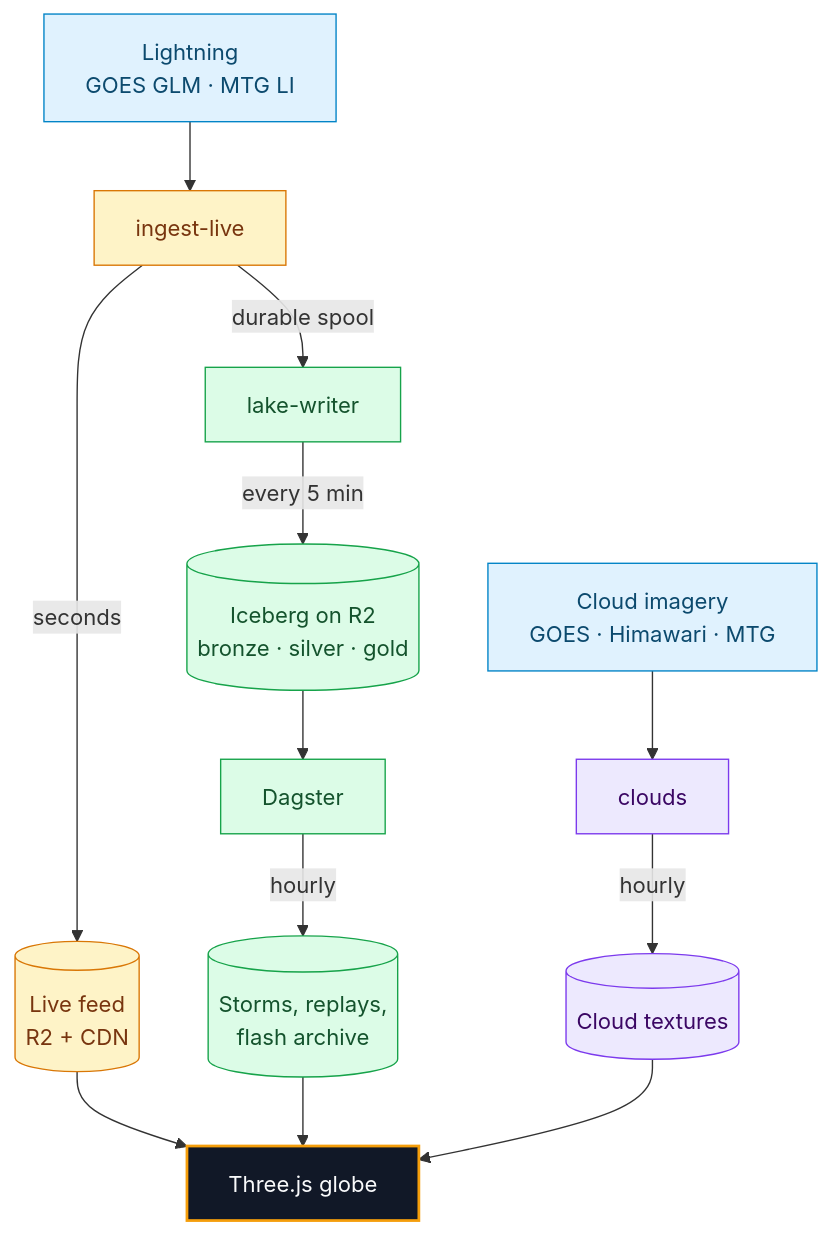
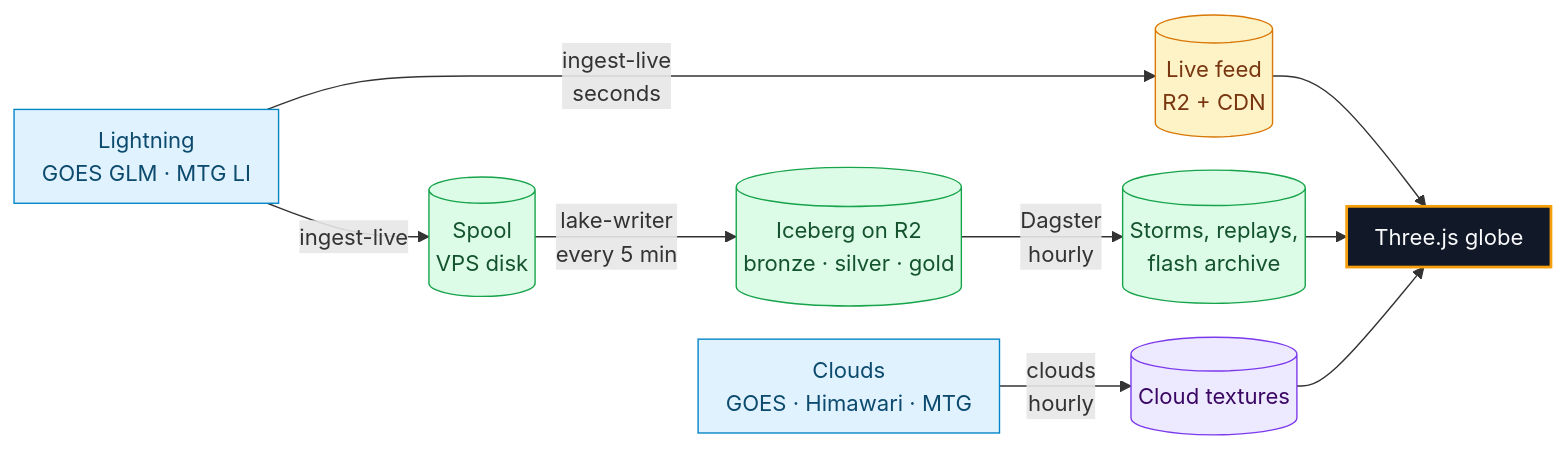
One commit to pierregc/scintille changed the diagram in README.md. Above: the diagram before and after it, drawn with Mermaid.

Commit message:
docs: fit the README diagram to the page width

````diff
--- a/README.md
+++ b/README.md
@@ -24,25 +24,23 @@
 ```mermaid
-flowchart TB
-    lightning["Lightning<br/>GOES GLM · MTG LI"] --> ingest["ingest-live"]
-    ingest -->|seconds| live[("Live feed<br/>R2 + CDN")]
-    ingest -->|durable spool| writer["lake-writer"]
-    writer -->|every 5 min| lake[("Iceberg on R2<br/>bronze · silver · gold")]
-    lake --> dagster["Dagster"]
-    dagster -->|hourly| storms[("Storms, replays,<br/>flash archive")]
-    imagery["Cloud imagery<br/>GOES · Himawari · MTG"] --> clouds["clouds"]
-    clouds -->|hourly| textures[("Cloud textures")]
+%%{init: {"flowchart": {"rankSpacing": 30, "nodeSpacing": 24, "padding": 10}}}%%
+flowchart LR
+    lightning["Lightning<br/>GOES GLM · MTG LI"] -->|"ingest-live<br/>seconds"| live[("Live feed<br/>R2 + CDN")]
+    lightning -->|ingest-live| spool[("Spool<br/>VPS disk")]
+    spool -->|"lake-writer<br/>every 5 min"| lake[("Iceberg on R2<br/>bronze · silver · gold")]
+    lake -->|"Dagster<br/>hourly"| storms[("Storms, replays,<br/>flash archive")]
+    imagery["Clouds<br/>GOES · Himawari · MTG"] -->|"clouds<br/>hourly"| textures[("Cloud textures")]
     live --> globe["Three.js globe"]
     storms --> globe
     textures --> globe
 
     classDef source fill:#e0f2fe,stroke:#0284c7,color:#0c4a6e
     classDef hot fill:#fef3c7,stroke:#d97706,color:#78350f
     classDef lake fill:#dcfce7,stroke:#16a34a,color:#14532d
     classDef cloud fill:#ede9fe,stroke:#7c3aed,color:#3b0764
     classDef app fill:#111827,stroke:#f59e0b,stroke-width:2px,color:#f9fafb
     class lightning,imagery source
-    class ingest,live hot
-    class writer,lake,dagster,storms lake
-    class clouds,textures cloud
+    class live hot
+    class spool,lake,storms lake
+    class textures cloud
     class globe app
 ```
````
